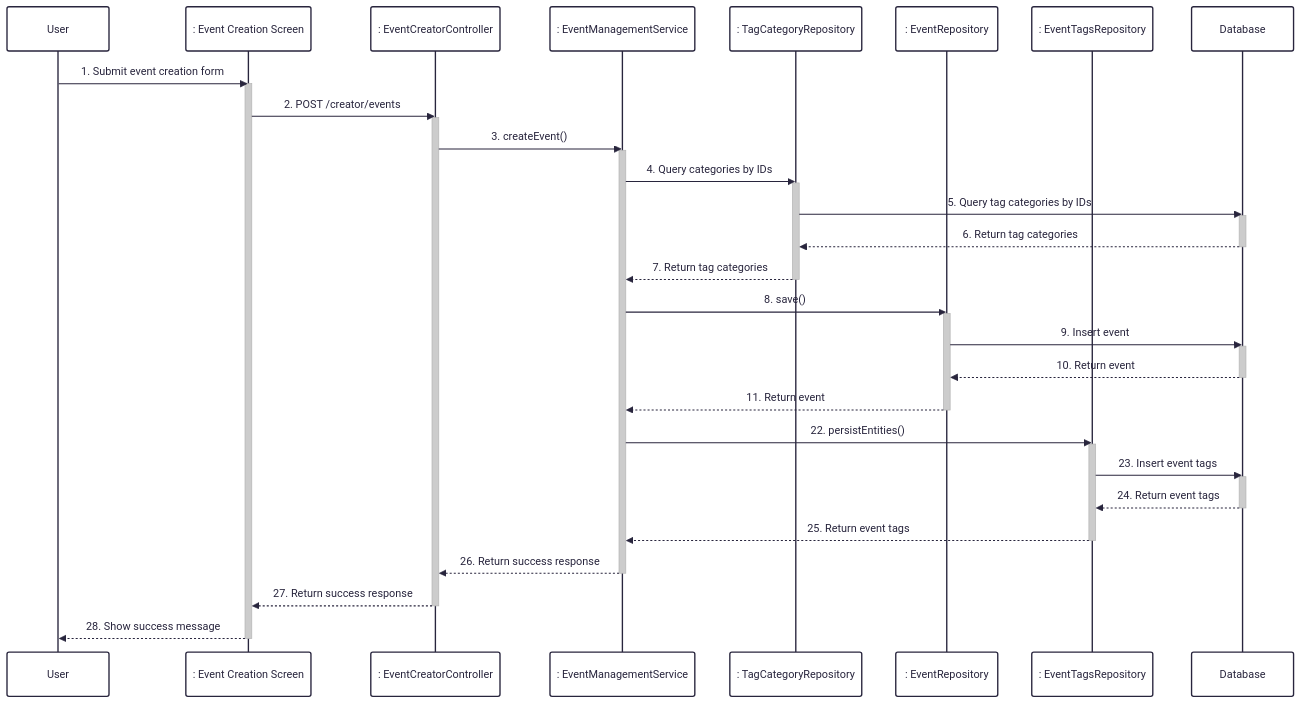
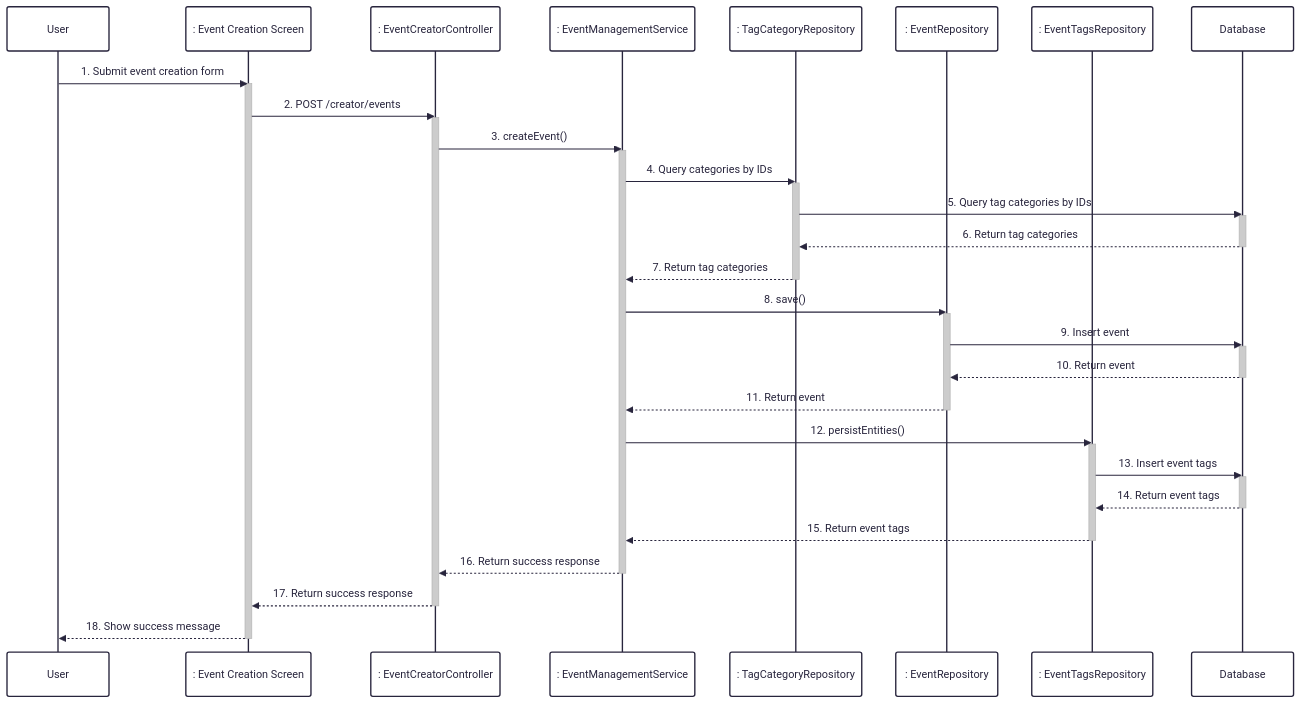
The diagram in docs/sequence/5-create-event.md (UrbanLens-2025/urban-lens_server), drawn with Mermaid before and after one commit. The commit also changed 29 other files, not shown here.

````diff
--- a/docs/sequence/5-create-event.md
+++ b/docs/sequence/5-create-event.md
@@ -1,53 +1,53 @@
 ```mermaid
 ---
 config:
   theme: redux
   look: classic
 ---
 sequenceDiagram
     participant User
     participant Frontend as : Event Creation Screen
     participant EventCreatorController as : EventCreatorController
     participant EventManagementService as : EventManagementService
     participant TagCategoryRepository as : TagCategoryRepository
     participant EventRepository as : EventRepository
     participant EventTagsRepository as : EventTagsRepository
     participant Database
 
     User->>Frontend: 1. Submit event creation form
     activate Frontend
     Frontend->>EventCreatorController: 2. POST /creator/events
     activate EventCreatorController
     EventCreatorController->>EventManagementService: 3. createEvent()
     activate EventManagementService
     EventManagementService->>TagCategoryRepository: 4. Query categories by IDs
     activate TagCategoryRepository
     TagCategoryRepository->>Database: 5. Query tag categories by IDs
     activate Database
     Database-->>TagCategoryRepository: 6. Return tag categories
     deactivate Database
     TagCategoryRepository-->>EventManagementService: 7. Return tag categories
     deactivate TagCategoryRepository
     EventManagementService->>EventRepository: 8. save()
     activate EventRepository
     EventRepository->>Database: 9. Insert event
     activate Database
     Database-->>EventRepository: 10. Return event
     deactivate Database
     EventRepository-->>EventManagementService: 11. Return event
     deactivate EventRepository
-    EventManagementService->>EventTagsRepository: 22. persistEntities()
+    EventManagementService->>EventTagsRepository: 12. persistEntities()
     activate EventTagsRepository
-    EventTagsRepository->>Database: 23. Insert event tags
+    EventTagsRepository->>Database: 13. Insert event tags
     activate Database
-    Database-->>EventTagsRepository: 24. Return event tags
+    Database-->>EventTagsRepository: 14. Return event tags
     deactivate Database
-    EventTagsRepository-->>EventManagementService: 25. Return event tags
+    EventTagsRepository-->>EventManagementService: 15. Return event tags
     deactivate EventTagsRepository
-    EventManagementService-->>EventCreatorController: 26. Return success response
+    EventManagementService-->>EventCreatorController: 16. Return success response
     deactivate EventManagementService
-    EventCreatorController-->>Frontend: 27. Return success response
+    EventCreatorController-->>Frontend: 17. Return success response
     deactivate EventCreatorController
-    Frontend-->>User: 28. Show success message
+    Frontend-->>User: 18. Show success message
     deactivate Frontend
 ```
````
